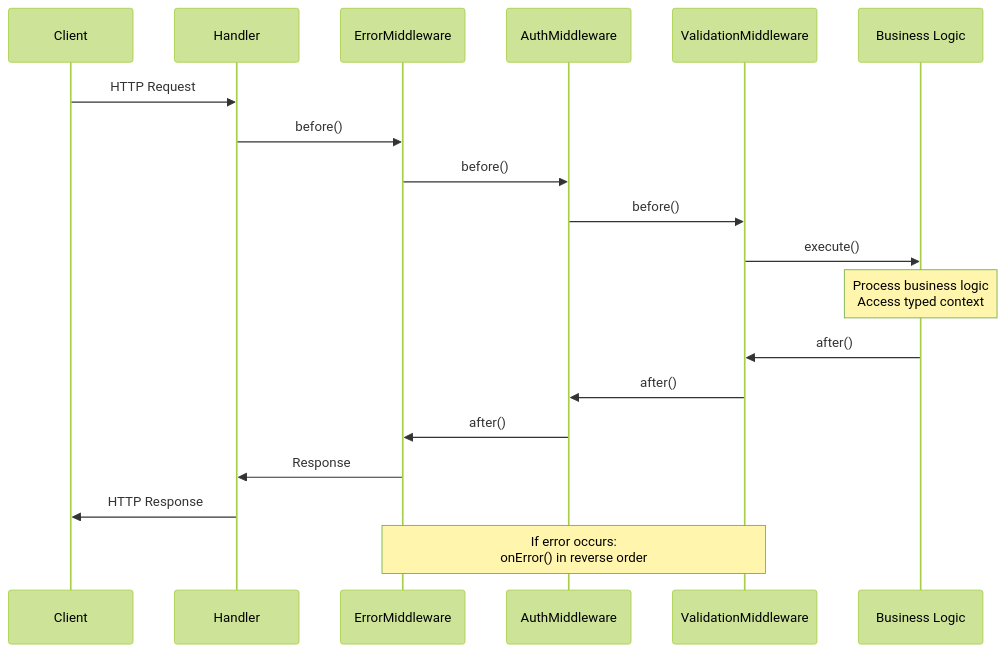
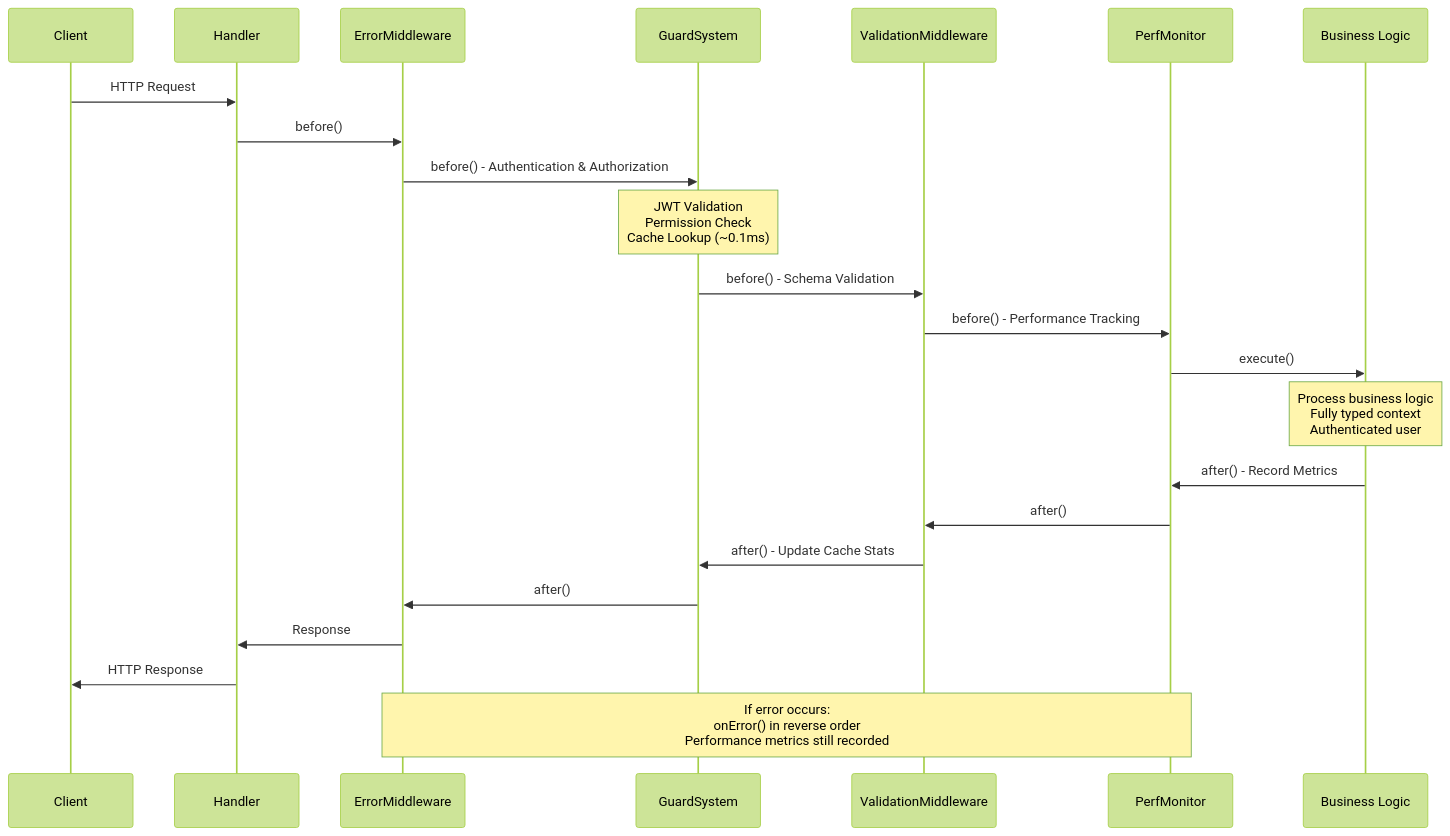
Before and after one commit to noony-serverless/noony-core: the third of 8 diagrams in USE_ME.md, drawn with Mermaid (forest theme). The commit also changed other lines of this file and 154 other files, not shown here.

````diff
--- a/USE_ME.md
+++ b/USE_ME.md
@@ -79,25 +395,29 @@
 ```mermaid
 sequenceDiagram
     participant Client
     participant Handler
     participant MW1 as ErrorMiddleware
-    participant MW2 as AuthMiddleware
+    participant MW2 as GuardSystem
     participant MW3 as ValidationMiddleware
+    participant MW4 as PerfMonitor
     participant BL as Business Logic
     
     Client->>Handler: HTTP Request
     Handler->>MW1: before()
-    MW1->>MW2: before()
-    MW2->>MW3: before()
-    MW3->>BL: execute()
+    MW1->>MW2: before() - Authentication & Authorization
+    Note over MW2: JWT Validation<br/>Permission Check<br/>Cache Lookup (~0.1ms)
+    MW2->>MW3: before() - Schema Validation
+    MW3->>MW4: before() - Performance Tracking
+    MW4->>BL: execute()
     
-    Note over BL: Process business logic<br/>Access typed context
+    Note over BL: Process business logic<br/>Fully typed context<br/>Authenticated user
     
-    BL->>MW3: after()
-    MW3->>MW2: after() 
+    BL->>MW4: after() - Record Metrics
+    MW4->>MW3: after()
+    MW3->>MW2: after() - Update Cache Stats
     MW2->>MW1: after()
     MW1->>Handler: Response
     Handler->>Client: HTTP Response
     
-    Note over MW1,MW3: If error occurs:<br/>onError() in reverse order
+    Note over MW1,MW4: If error occurs:<br/>onError() in reverse order<br/>Performance metrics still recorded
 ```
````
